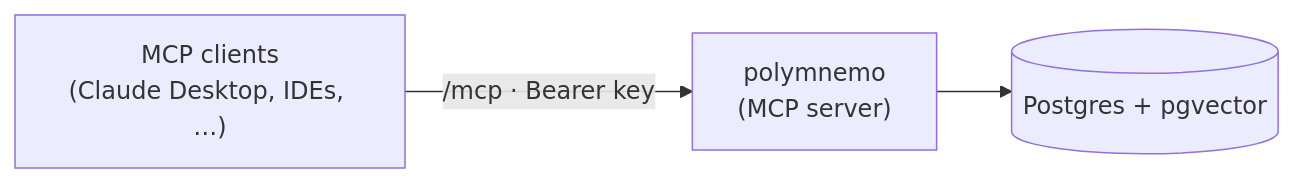
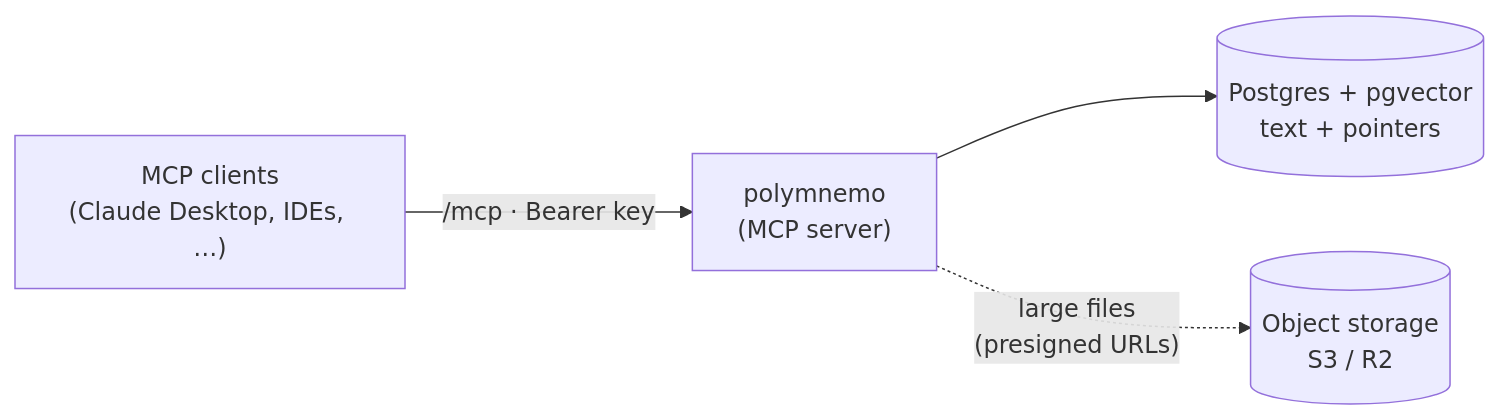
The diagram in README.md (PCBZ/polymnemo), drawn with Mermaid before and after one commit. The commit also changed other lines of this file, not shown here.

````diff
--- a/README.md
+++ b/README.md
@@ -13,4 +20,6 @@
 ```mermaid
 flowchart LR
-    Clients["MCP clients<br/>(Claude Desktop, IDEs, …)"] -->|"/mcp · Bearer key"| P["polymnemo<br/>(MCP server)"] --> DB[("Postgres + pgvector")]
+    Clients["MCP clients<br/>(Claude Desktop, IDEs, …)"] -->|"/mcp · Bearer key"| P["polymnemo<br/>(MCP server)"]
+    P --> DB[("Postgres + pgvector<br/>text + pointers")]
+    P -. "large files<br/>(presigned URLs)" .-> OS[("Object storage<br/>S3 / R2")]
 ```
````
